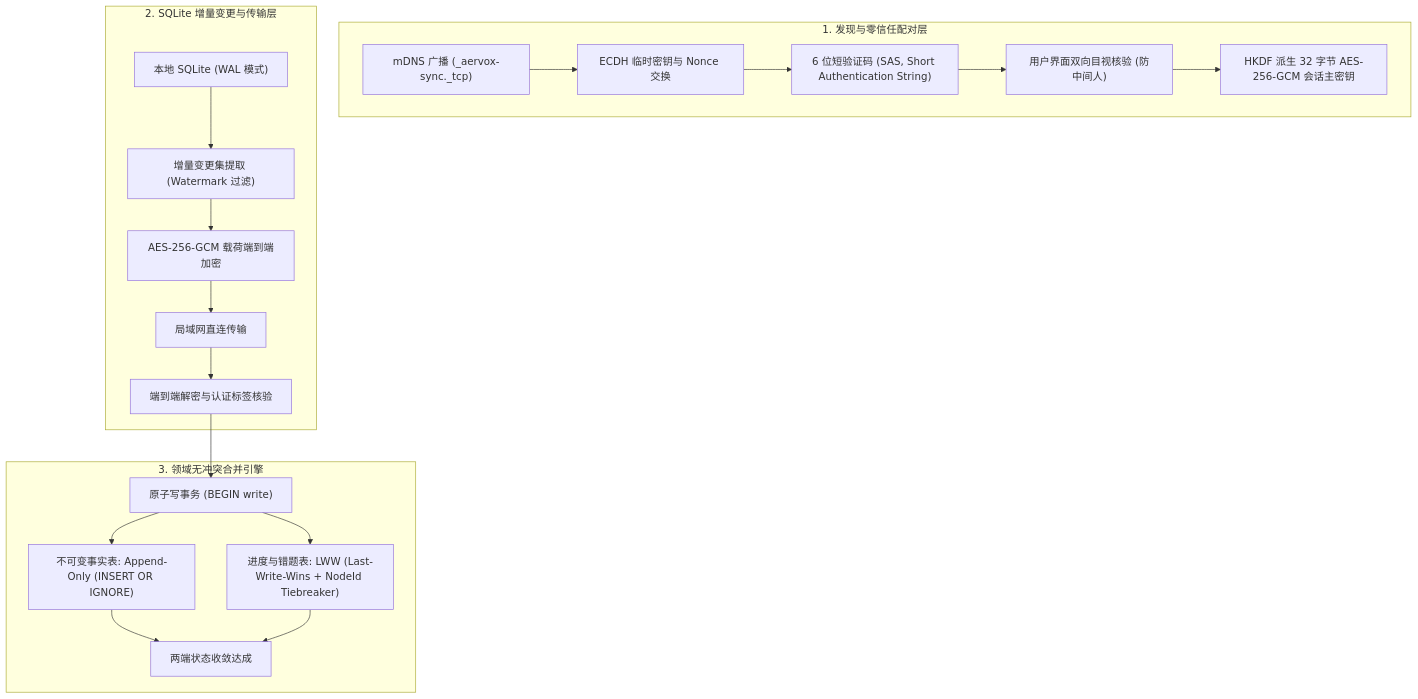
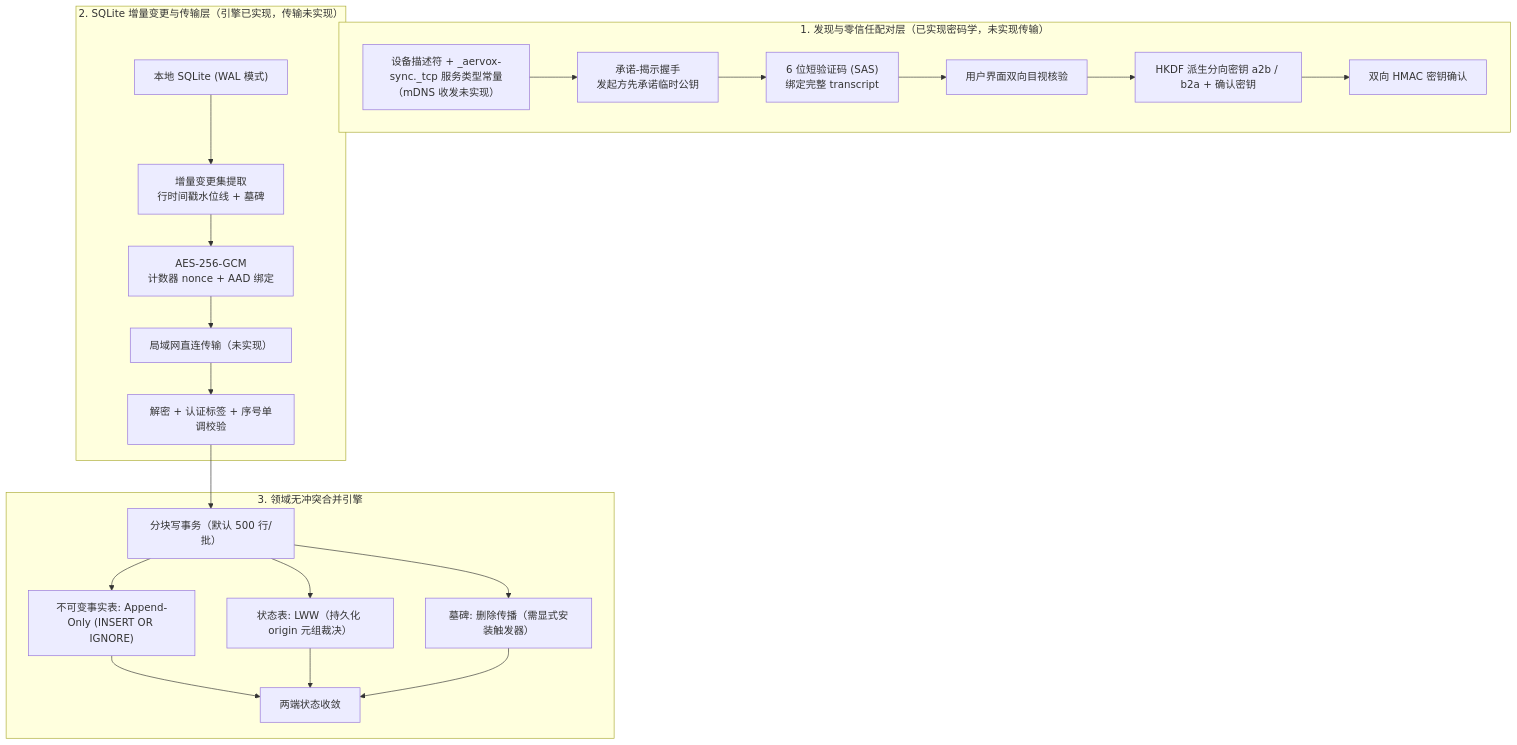
Before and after one commit to 3yearsZhuang/Aervox-harness: the diagram in docs/explanation/p2p-local-sync-exploration.md, drawn with Mermaid. The commit also changed other lines of this file and 8 other files, not shown here.

````diff
--- a/docs/explanation/p2p-local-sync-exploration.md
+++ b/docs/explanation/p2p-local-sync-exploration.md
@@ -48,24 +53,27 @@
 ```mermaid
 flowchart TD
-  subgraph Discovery["1. 发现与零信任配对层"]
-    M1["mDNS 广播 (_aervox-sync._tcp)"] --> H1["ECDH 临时密钥与 Nonce 交换"]
-    H1 --> SAS["6 位短验证码 (SAS, Short Authentication String)"]
-    SAS --> UI["用户界面双向目视核验 (防中间人)"]
-    UI --> K1["HKDF 派生 32 字节 AES-256-GCM 会话主密钥"]
+  subgraph Discovery["1. 发现与零信任配对层（已实现密码学，未实现传输）"]
+    M1["设备描述符 + _aervox-sync._tcp 服务类型常量<br/>（mDNS 收发未实现）"] --> H1["承诺-揭示握手<br/>发起方先承诺临时公钥"]
+    H1 --> SAS["6 位短验证码 (SAS)<br/>绑定完整 transcript"]
+    SAS --> UI["用户界面双向目视核验"]
+    UI --> K1["HKDF 派生分向密钥 a2b / b2a + 确认密钥"]
+    K1 --> KC["双向 HMAC 密钥确认"]
   end
 
-  subgraph Changeset["2. SQLite 增量变更与传输层"]
-    DB1["本地 SQLite (WAL 模式)"] --> EX["增量变更集提取 (Watermark 过滤)"]
-    EX --> ENC["AES-256-GCM 载荷端到端加密"]
-    ENC --> TCP["局域网直连传输"]
-    TCP --> DEC["端到端解密与认证标签核验"]
+  subgraph Changeset["2. SQLite 增量变更与传输层（引擎已实现，传输未实现）"]
+    DB1["本地 SQLite (WAL 模式)"] --> EX["增量变更集提取<br/>行时间戳水位线 + 墓碑"]
+    EX --> ENC["AES-256-GCM<br/>计数器 nonce + AAD 绑定"]
+    ENC --> TCP["局域网直连传输（未实现）"]
+    TCP --> DEC["解密 + 认证标签 + 序号单调校验"]
   end
 
   subgraph Merge["3. 领域无冲突合并引擎"]
-    DEC --> TX["原子写事务 (BEGIN write)"]
-    TX --> M_FACT["不可变事实表: Append-Only (INSERT OR IGNORE)"]
-    TX --> M_STATE["进度与错题表: LWW (Last-Write-Wins + NodeId Tiebreaker)"]
-    M_FACT --> CONV["两端状态收敛达成"]
+    DEC --> CH["分块写事务（默认 500 行/批）"]
+    CH --> M_FACT["不可变事实表: Append-Only (INSERT OR IGNORE)"]
+    CH --> M_STATE["状态表: LWW（持久化 origin 元组裁决）"]
+    CH --> TOMB["墓碑: 删除传播（需显式安装触发器）"]
+    M_FACT --> CONV["两端状态收敛"]
     M_STATE --> CONV
+    TOMB --> CONV
   end
 ```
````
